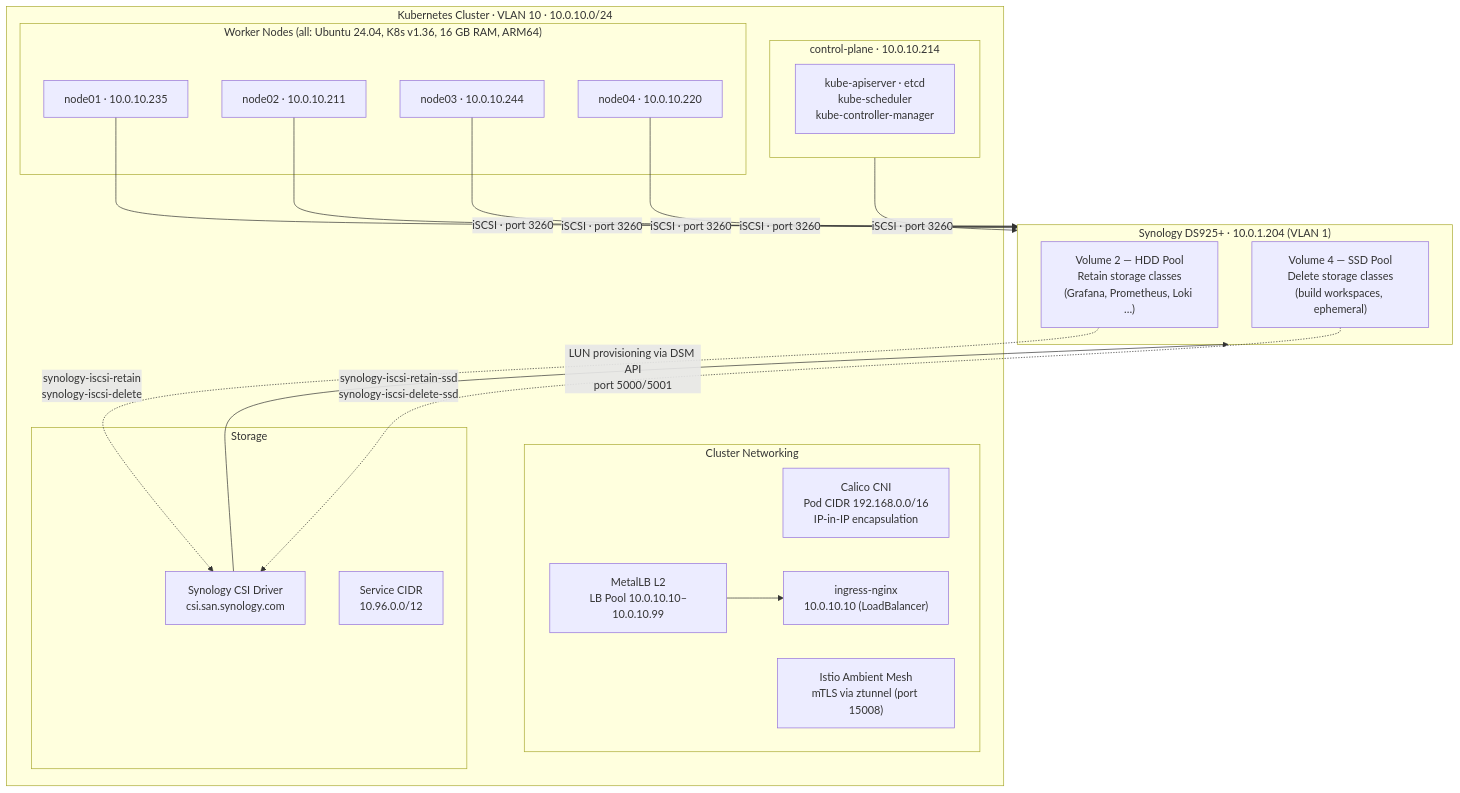
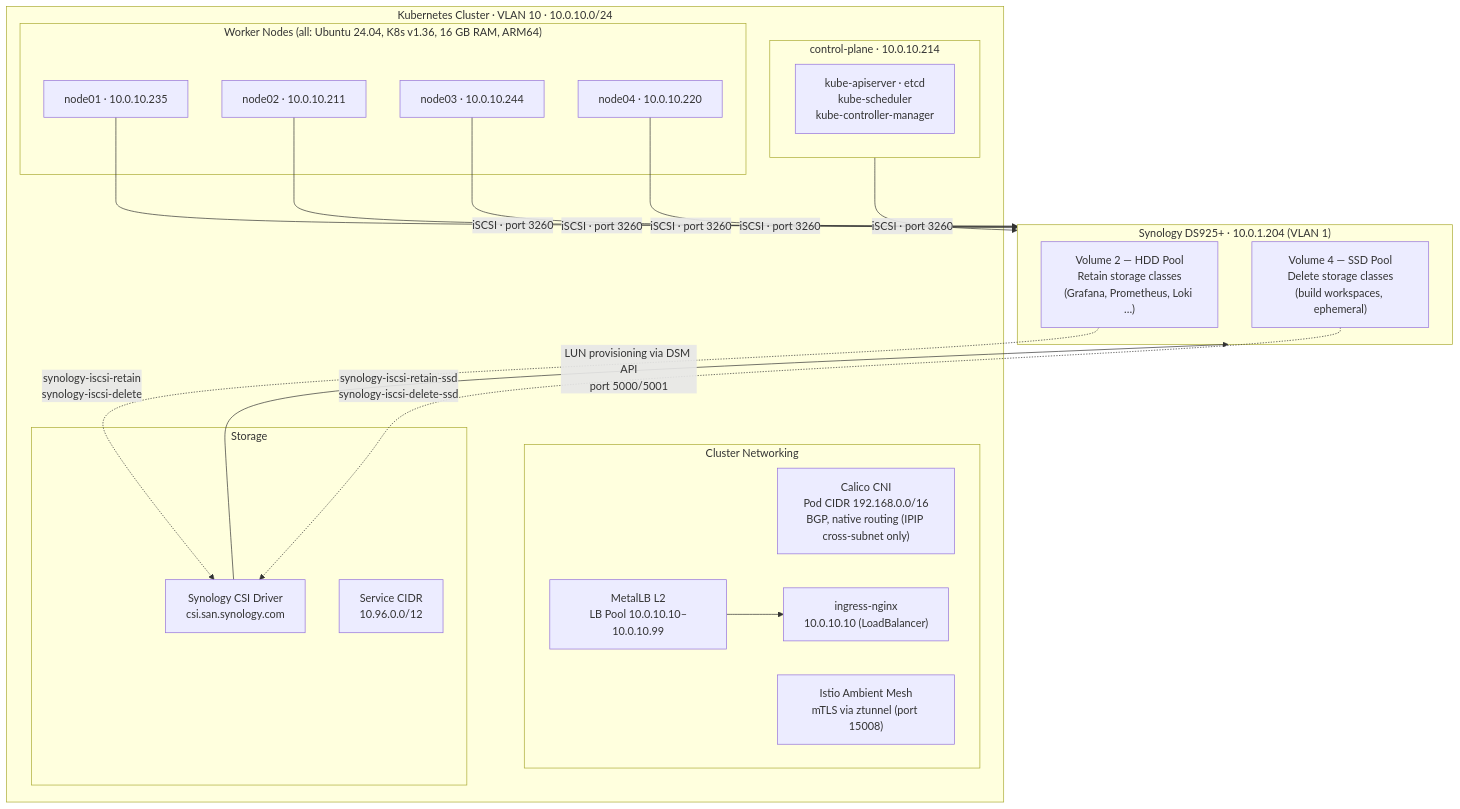
The second of 2 diagrams in docs/networking/overview.md (imcbeth/k8s-docs-n37), drawn with Mermaid before and after one commit. The commit also changed other lines of this file and 3 other files, not shown here.

Commit message:
docs(networking): Calico now routes natively within the node subnet (IPIPCrossSubnet) (#132)

````diff
--- a/docs/networking/overview.md
+++ b/docs/networking/overview.md
@@ -127,38 +127,38 @@
 ```mermaid
 graph TB
     subgraph NAS ["Synology DS925+  ·  10.0.1.204  (VLAN 1)"]
         Vol2["Volume 2 — HDD Pool\nRetain storage classes\n(Grafana, Prometheus, Loki …)"]
         Vol4["Volume 4 — SSD Pool\nDelete storage classes\n(build workspaces, ephemeral)"]
     end
 
     subgraph K8s ["Kubernetes Cluster  ·  VLAN 10  ·  10.0.10.0/24"]
         subgraph CP ["control-plane  ·  10.0.10.214"]
             APIServer["kube-apiserver · etcd\nkube-scheduler\nkube-controller-manager"]
         end
 
         subgraph Workers ["Worker Nodes (all: Ubuntu 24.04, K8s v1.36, 16 GB RAM, ARM64)"]
             N1["node01  ·  10.0.10.235"]
             N2["node02  ·  10.0.10.211"]
             N3["node03  ·  10.0.10.244"]
             N4["node04  ·  10.0.10.220"]
         end
 
         subgraph Networking ["Cluster Networking"]
-            Calico["Calico CNI\nPod CIDR 192.168.0.0/16\nIP-in-IP encapsulation"]
+            Calico["Calico CNI\nPod CIDR 192.168.0.0/16\nBGP, native routing (IPIP cross-subnet only)"]
             Istio["Istio Ambient Mesh\nmTLS via ztunnel (port 15008)"]
             MLB["MetalLB L2\nLB Pool 10.0.10.10–10.0.10.99"]
             Ingress["ingress-nginx\n10.0.10.10 (LoadBalancer)"]
         end
 
         subgraph Storage ["Storage"]
             CSI["Synology CSI Driver\ncsi.san.synology.com"]
             SvcCIDR["Service CIDR\n10.96.0.0/12"]
         end
     end
 
     CP & N1 & N2 & N3 & N4 -->|"iSCSI  ·  port 3260"| NAS
     CSI -->|"LUN provisioning via DSM API\nport 5000/5001"| NAS
     Vol2 -.->|"synology-iscsi-retain\nsynology-iscsi-delete"| CSI
     Vol4 -.->|"synology-iscsi-retain-ssd\nsynology-iscsi-delete-ssd"| CSI
     MLB --> Ingress
 ```
````
